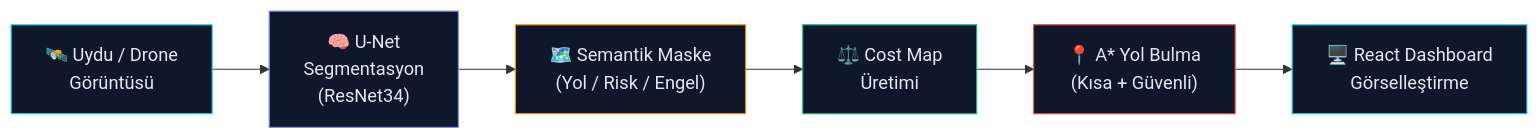
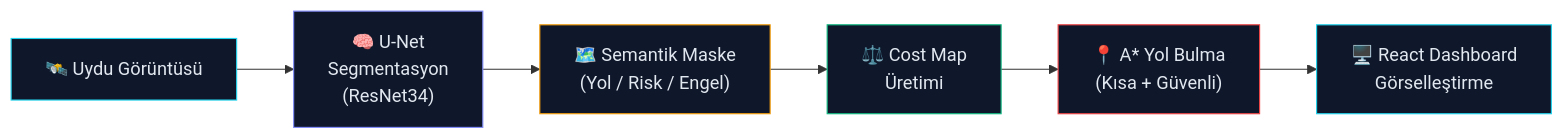
Before and after one commit to esramusul/Tua_Nebula: the first of 2 diagrams in README.md, drawn with Mermaid. The commit also changed other lines of this file, not shown here.

Commit message:
Fix satellite image label and update future work list
Corrected the satellite image label in the architecture diagram and removed a redundant bullet point in future work.

````diff
--- a/README.md
+++ b/README.md
@@ -32,15 +32,15 @@
 ```mermaid
 flowchart LR
-    A["🛰️ Uydu / Drone\nGörüntüsü"] --> B["🧠 U-Net\nSegmentasyon\n(ResNet34)"]
+    A["🛰️ Uydu Görüntüsü"] --> B["🧠 U-Net\nSegmentasyon\n(ResNet34)"]
     B --> C["🗺️ Semantik Maske\n(Yol / Risk / Engel)"]
     C --> D["⚖️ Cost Map\nÜretimi"]
     D --> E["📍 A* Yol Bulma\n(Kısa + Güvenli)"]
     E --> F["🖥️ React Dashboard\nGörselleştirme"]
 
     style A fill:#0f172a,stroke:#22d3ee,color:#e2e8f0
     style B fill:#0f172a,stroke:#818cf8,color:#e2e8f0
     style C fill:#0f172a,stroke:#f59e0b,color:#e2e8f0
     style D fill:#0f172a,stroke:#10b981,color:#e2e8f0
     style E fill:#0f172a,stroke:#ef4444,color:#e2e8f0
     style F fill:#0f172a,stroke:#22d3ee,color:#e2e8f0
 ```
````
